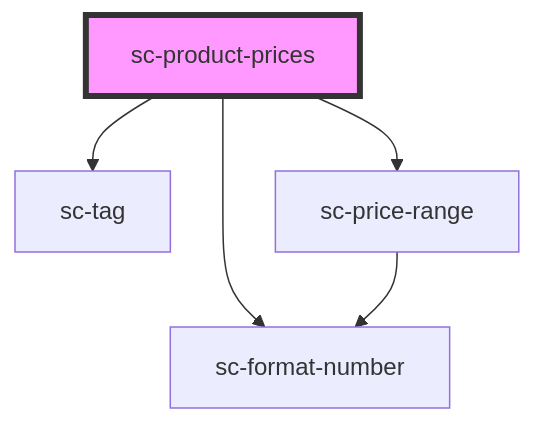
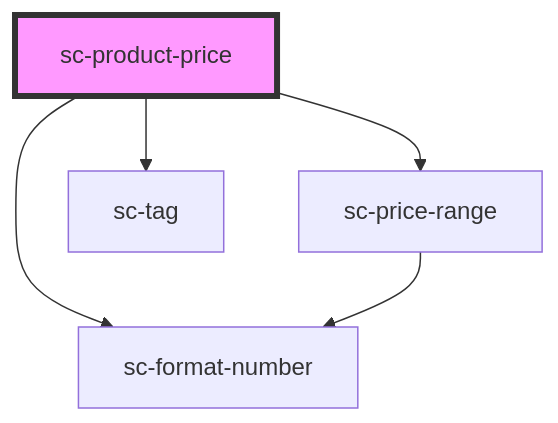
One commit to surecart/surecart-wp-plugin changed the diagram in packages/components/src/components/controllers/product/sc-product-price/readme.md. Above: the diagram before and after it, drawn with Mermaid. The commit also changed 53 other files, not shown here.

````diff
--- a/packages/components/src/components/controllers/product/sc-product-price/readme.md
+++ b/packages/components/src/components/controllers/product/sc-product-price/readme.md
@@ -31,8 +31,8 @@
 ```mermaid
 graph TD;
-  sc-product-prices --> sc-format-number
-  sc-product-prices --> sc-tag
-  sc-product-prices --> sc-price-range
+  sc-product-price --> sc-price-range
+  sc-product-price --> sc-format-number
+  sc-product-price --> sc-tag
   sc-price-range --> sc-format-number
-  style sc-product-prices fill:#f9f,stroke:#333,stroke-width:4px
+  style sc-product-price fill:#f9f,stroke:#333,stroke-width:4px
 ```
````
